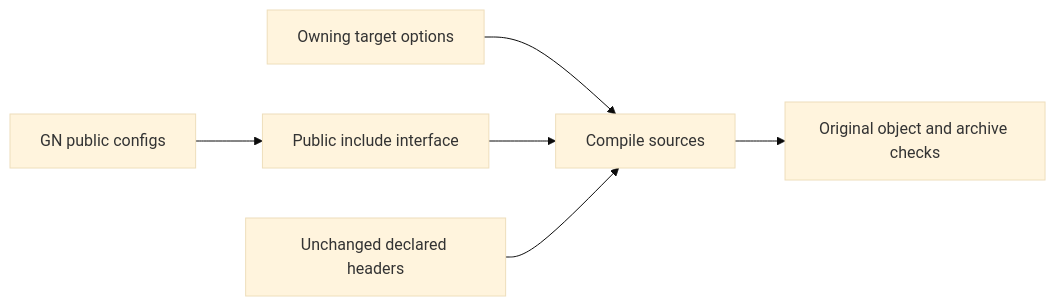
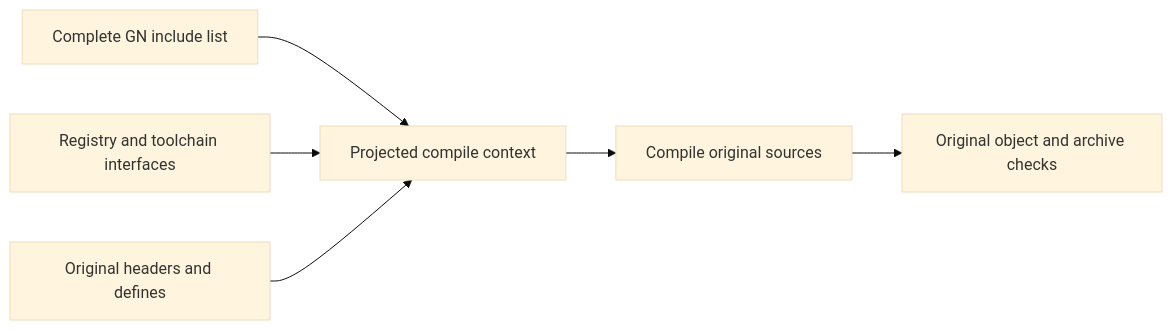
Before and after one commit to formatjs/chromium: the diagram in build/include-context.md, drawn with Mermaid (base theme). The commit also changed other lines of this file and 2 other files, not shown here.

Commit message:
perf: preserve complete GN public include roots

````diff
--- a/build/include-context.md
+++ b/build/include-context.md
@@ -23,8 +19,8 @@
 ```mermaid
 flowchart LR
-  GN[GN public configs] --> Public[Public include interface]
-  Own[Owning target options] --> Compile[Compile sources]
-  Public --> Compile
-  Headers[Unchanged declared headers] --> Compile
+  GN[Complete GN include list] --> Context[Projected compile context]
+  Registry[Registry and toolchain interfaces] --> Context
+  Headers[Original headers and defines] --> Context
+  Context --> Compile[Compile original sources]
   Compile --> Bytes[Original object and archive checks]
 ```
````
